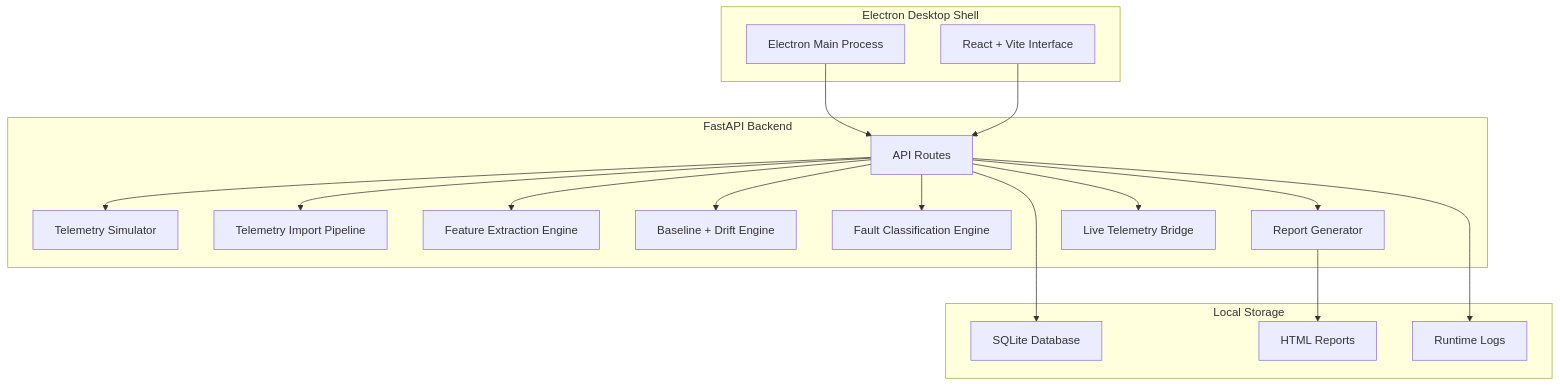
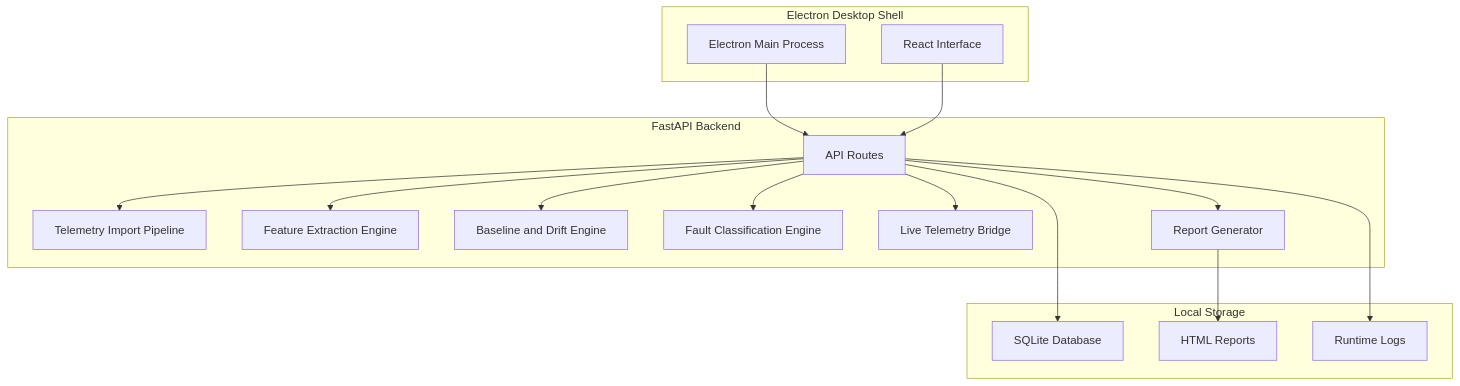
The second of 3 diagrams in README.md (MaheshChandraTeja/RASentinel), drawn with Mermaid before and after one commit. The commit also changed other lines of this file, not shown here.

````diff
--- a/README.md
+++ b/README.md
@@ -276,37 +274,35 @@
 ```mermaid
 flowchart TB
-    subgraph Desktop[Electron Desktop Shell]
-        UI[React + Vite Interface]
-        Shell[Electron Main Process]
+    subgraph Desktop["Electron Desktop Shell"]
+        Shell["Electron Main Process"]
+        UI["React Interface"]
     end
 
-    subgraph Backend[FastAPI Backend]
-        API[API Routes]
-        Simulator[Telemetry Simulator]
-        Importer[Telemetry Import Pipeline]
-        Features[Feature Extraction Engine]
-        Drift[Baseline + Drift Engine]
-        Classifier[Fault Classification Engine]
-        Reports[Report Generator]
-        Live[Live Telemetry Bridge]
+    subgraph Backend["FastAPI Backend"]
+        API["API Routes"]
+        Importer["Telemetry Import Pipeline"]
+        Features["Feature Extraction Engine"]
+        Drift["Baseline and Drift Engine"]
+        Classifier["Fault Classification Engine"]
+        Live["Live Telemetry Bridge"]
+        Reports["Report Generator"]
     end
 
-    subgraph Storage[Local Storage]
-        SQLite[SQLite Database]
-        ReportFiles[HTML Reports]
-        Logs[Runtime Logs]
+    subgraph Storage["Local Storage"]
+        SQLite["SQLite Database"]
+        ReportFiles["HTML Reports"]
+        Logs["Runtime Logs"]
     end
 
     Shell --> API
     UI --> API
-    API --> Simulator
     API --> Importer
     API --> Features
     API --> Drift
     API --> Classifier
+    API --> Live
     API --> Reports
-    API --> Live
     API --> SQLite
     Reports --> ReportFiles
     API --> Logs
 ```
````
